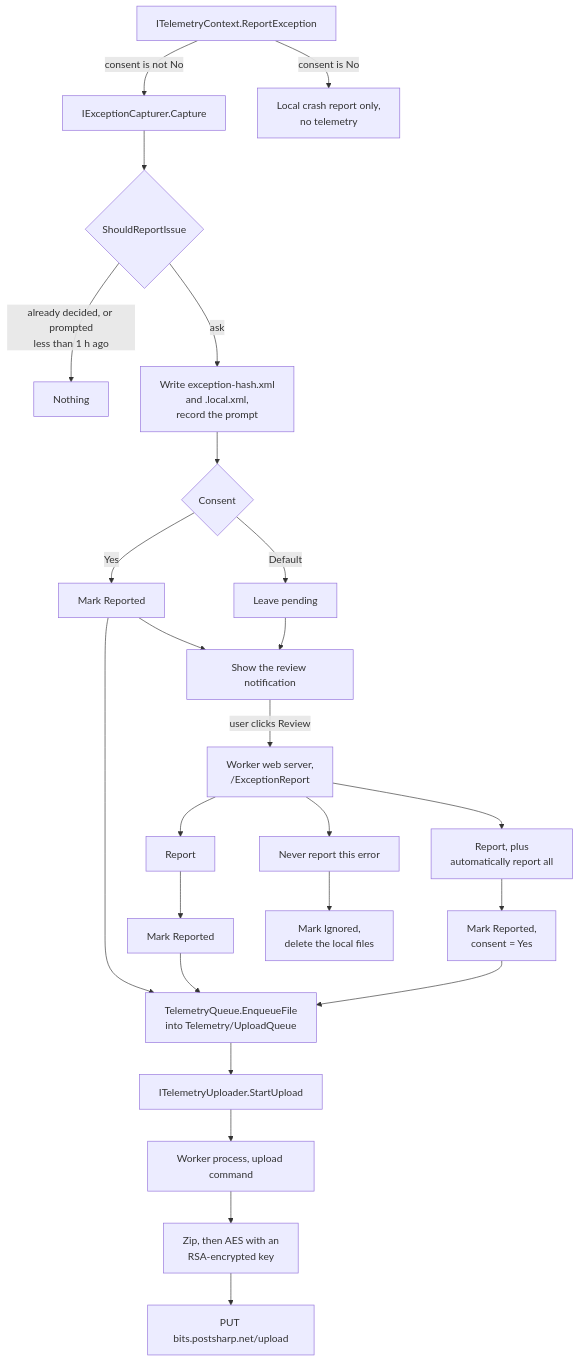
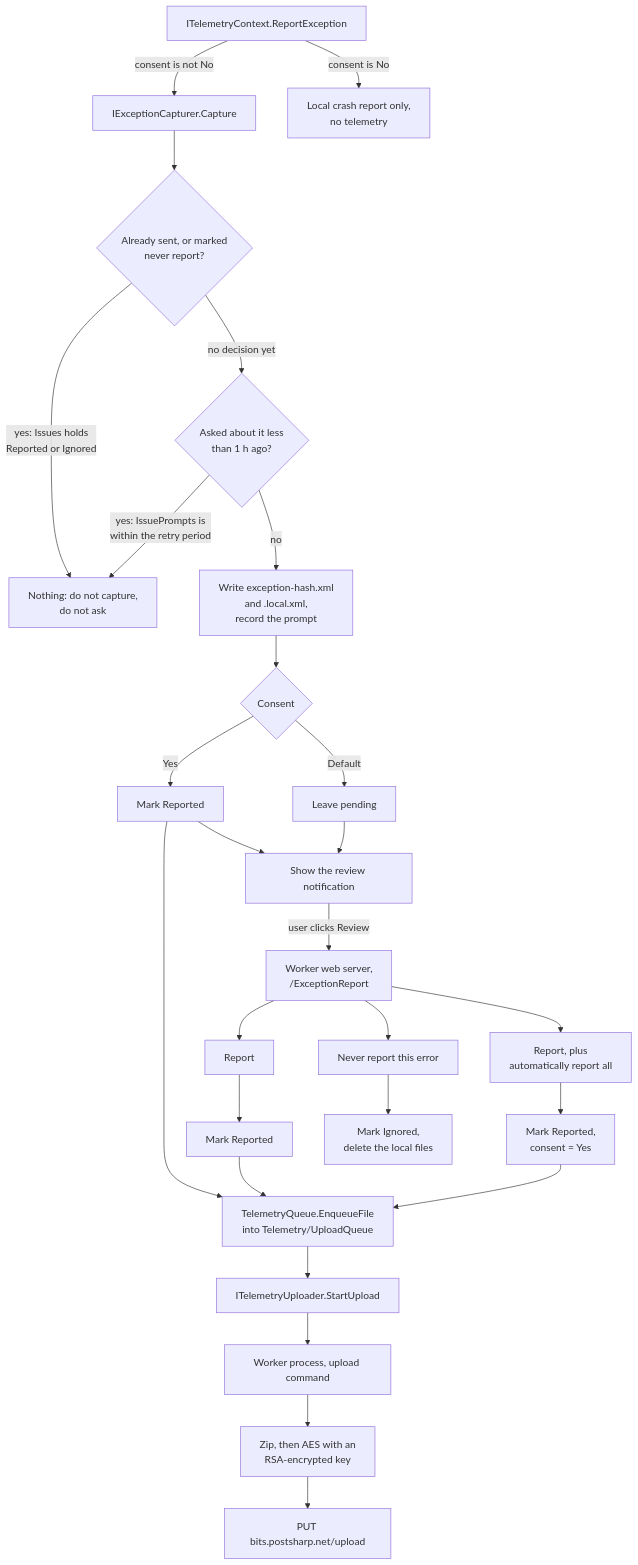
One commit to postsharp-ops/SharpCrafters.Backstage changed the diagram in docs/telemetry.md. Above: the diagram before and after it, drawn with Mermaid.

Commit message:
Clarify the capture decision in the telemetry diagram (#1751)

````diff
--- a/docs/telemetry.md
+++ b/docs/telemetry.md
@@ -62,50 +62,53 @@
 ```mermaid
 flowchart TD
     Report["ITelemetryContext.ReportException"]
     Capture["IExceptionCapturer.Capture"]
     LocalOnly["Local crash report only,<br/>no telemetry"]
-    Should{"ShouldReportIssue"}
-    Drop["Nothing"]
+    Decided{"Already sent, or marked<br/>never report?"}
+    Throttled{"Asked about it less<br/>than 1 h ago?"}
+    Drop["Nothing: do not capture,<br/>do not ask"]
     Write["Write exception-hash.xml<br/>and .local.xml,<br/>record the prompt"]
     Consent{"Consent"}
     Auto["Mark Reported"]
     Pending["Leave pending"]
     Notify["Show the review notification"]
     Page["Worker web server,<br/>/ExceptionReport"]
     Send["Report"]
     SendAlways["Report, plus<br/>automatically report all"]
     Ignore["Never report this error"]
     MarkSent["Mark Reported"]
     MarkSentAlways["Mark Reported,<br/>consent = Yes"]
     MarkIgnored["Mark Ignored,<br/>delete the local files"]
     Queue["TelemetryQueue.EnqueueFile<br/>into Telemetry/UploadQueue"]
     Start["ITelemetryUploader.StartUpload"]
     Worker["Worker process, upload command"]
     Encrypt["Zip, then AES with an<br/>RSA-encrypted key"]
     Put["PUT bits.postsharp.net/upload"]
 
     Report -->|"consent is No"| LocalOnly
     Report -->|"consent is not No"| Capture
-    Capture --> Should
-    Should -->|"already decided, or prompted<br/>less than 1 h ago"| Drop
-    Should -->|"ask"| Write
+    Capture --> Decided
+    Decided -->|"yes: Issues holds<br/>Reported or Ignored"| Drop
+    Decided -->|"no decision yet"| Throttled
+    Throttled -->|"yes: IssuePrompts is<br/>within the retry period"| Drop
+    Throttled -->|"no"| Write
     Write --> Consent
     Consent -->|"Yes"| Auto
     Consent -->|"Default"| Pending
     Auto --> Notify
     Auto --> Queue
     Pending --> Notify
     Notify -->|"user clicks Review"| Page
     Page --> Send
     Page --> SendAlways
     Page --> Ignore
     Send --> MarkSent
     SendAlways --> MarkSentAlways
     Ignore --> MarkIgnored
     MarkSent --> Queue
     MarkSentAlways --> Queue
     Queue --> Start
     Start --> Worker
     Worker --> Encrypt
     Encrypt --> Put
 ```
````
